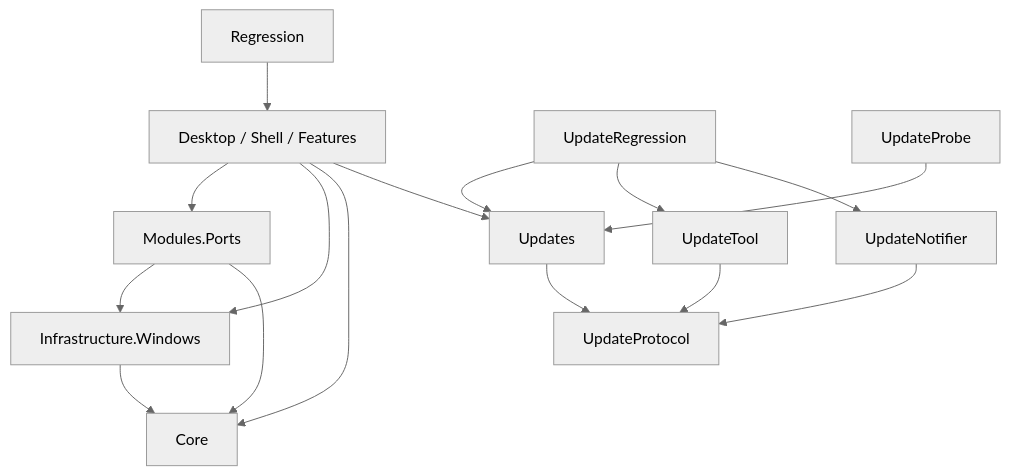
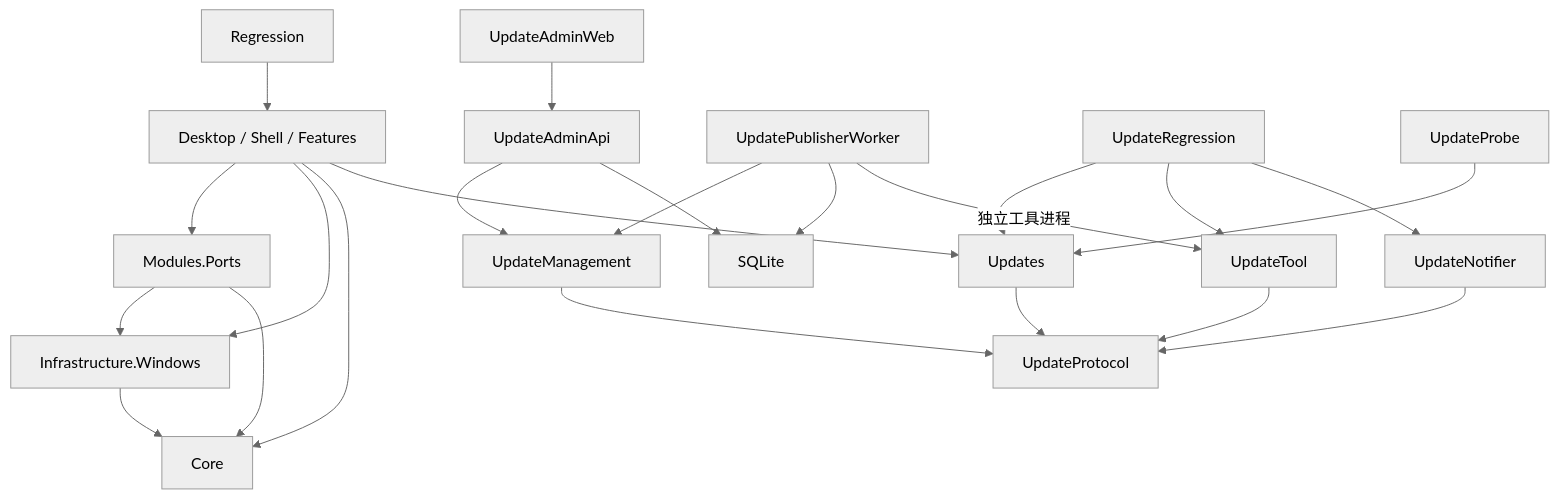
The diagram in docs/ARCHITECTURE.md (xiao-xiong8/PortKill), drawn with Mermaid (neutral theme) before and after one commit. The commit also changed other lines of this file and 28 other files, not shown here.

````diff
--- a/docs/ARCHITECTURE.md
+++ b/docs/ARCHITECTURE.md
@@ -9,18 +9,25 @@
 ```mermaid
 flowchart TD
   Desktop[Desktop / Shell / Features] --> Ports[Modules.Ports]
   Desktop --> Windows[Infrastructure.Windows]
   Desktop --> Core
   Desktop --> Updates
   Updates --> UpdateProtocol
   UpdateTool --> UpdateProtocol
   UpdateNotifier --> UpdateProtocol
+  UpdateAdminWeb --> UpdateAdminApi
+  UpdateAdminApi --> UpdateManagement
+  UpdatePublisherWorker --> UpdateManagement
+  UpdateManagement --> UpdateProtocol
+  UpdateAdminApi --> SQLite
+  UpdatePublisherWorker --> SQLite
+  UpdatePublisherWorker -->|独立工具进程| UpdateTool
   UpdateRegression --> Updates
   UpdateRegression --> UpdateTool
   UpdateRegression --> UpdateNotifier
   UpdateProbe --> Updates
   Ports --> Windows
   Ports --> Core
   Windows --> Core
   Regression --> Desktop
 ```
````
